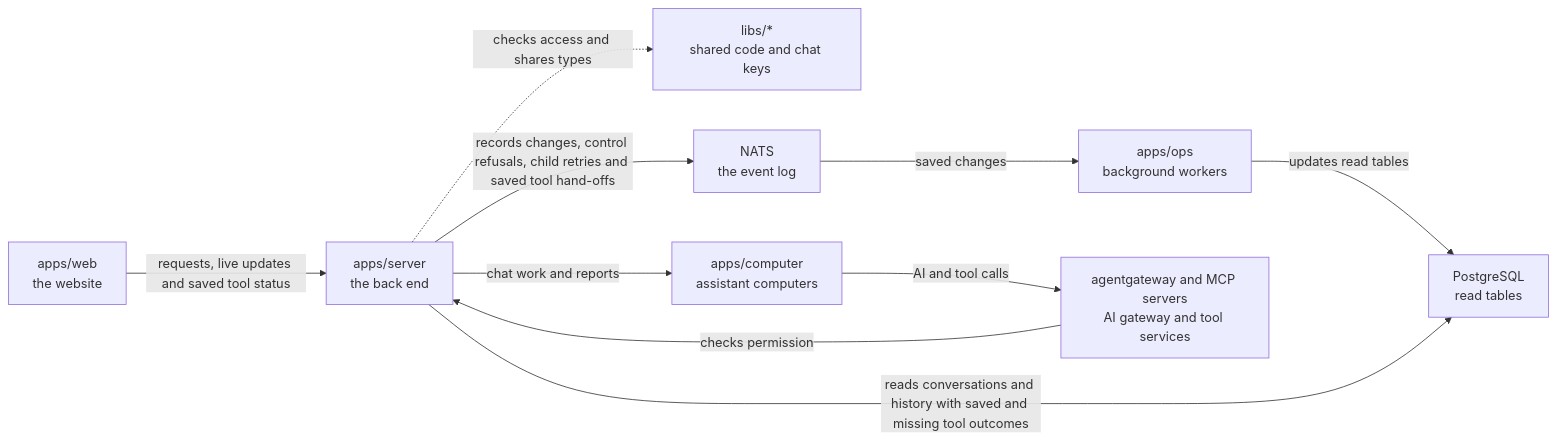
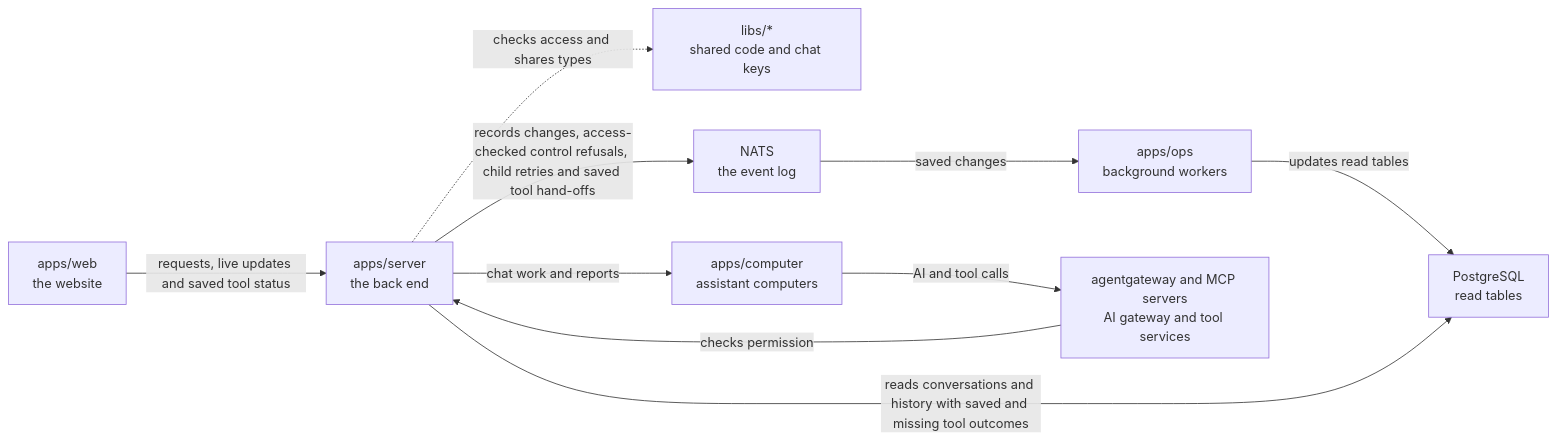
One commit to elewa-git/opencrane-new changed the diagram in apps/server/README.md. Above: the diagram before and after it, drawn with Mermaid. The commit also changed other lines of this file and 10 other files, not shown here.

Commit message:
🔧 Keep authenticated control refusals in conversation history

````diff
--- a/apps/server/README.md
+++ b/apps/server/README.md
@@ -29,12 +31,12 @@
 ```mermaid
 flowchart LR
   web["apps/web<br/>the website"] -->|requests, live updates and saved tool status| server["apps/server<br/>the back end"]
   server -.->|checks access and shares types| libs["libs/*<br/>shared code and chat keys"]
-  server -->|records changes, control refusals, child retries and saved tool hand-offs| nats["NATS<br/>the event log"]
+  server -->|records changes, access-checked control refusals, child retries and saved tool hand-offs| nats["NATS<br/>the event log"]
   nats -->|saved changes| ops["apps/ops<br/>background workers"]
   ops -->|updates read tables| postgres["PostgreSQL<br/>read tables"]
   server -->|reads conversations and history with saved and missing tool outcomes| postgres
   server -->|chat work and reports| computer["apps/computer<br/>assistant computers"]
   computer -->|AI and tool calls| runtime["agentgateway and MCP servers<br/>AI gateway and tool services"]
   runtime -->|checks permission| server
 ```
````
